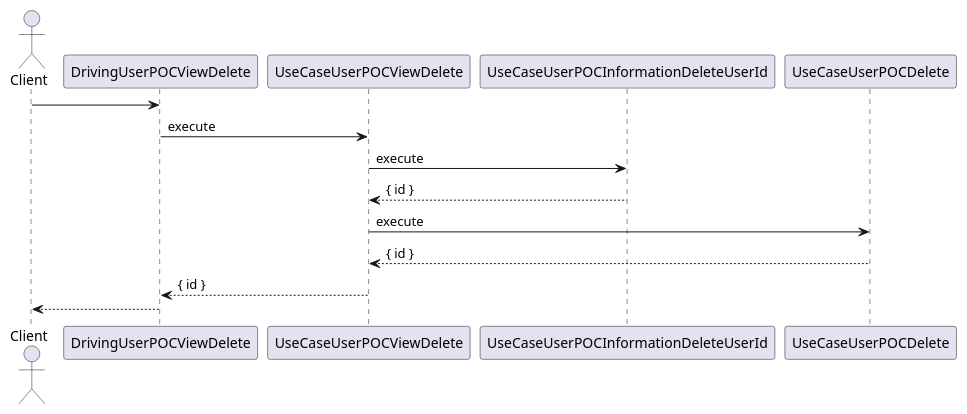
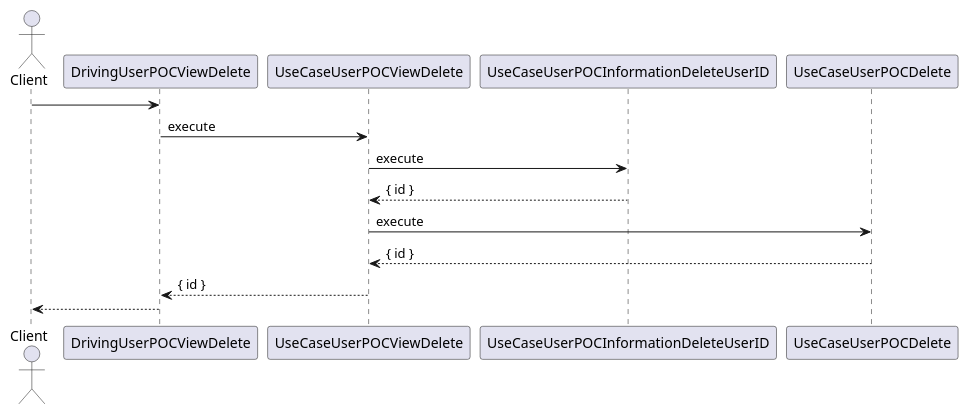
One commit to smhmayboudi/hono-poc changed the diagram in src/domain/user-poc-view/application/use-case/user-poc-view-delete.puml. Above: the diagram before and after it, drawn with PlantUML. The commit also changed 25 other files, not shown here.

```diff
--- a/src/domain/user-poc-view/application/use-case/user-poc-view-delete.puml
+++ b/src/domain/user-poc-view/application/use-case/user-poc-view-delete.puml
@@ -1,11 +1,11 @@
 @startuml UserPOCView UseCase Delete
 actor Client
 Client -> DrivingUserPOCViewDelete
 DrivingUserPOCViewDelete -> UseCaseUserPOCViewDelete: execute
-UseCaseUserPOCViewDelete -> UseCaseUserPOCInformationDeleteUserId: execute
-UseCaseUserPOCInformationDeleteUserId --> UseCaseUserPOCViewDelete: { id }
+UseCaseUserPOCViewDelete -> UseCaseUserPOCInformationDeleteUserID: execute
+UseCaseUserPOCInformationDeleteUserID --> UseCaseUserPOCViewDelete: { id }
 UseCaseUserPOCViewDelete -> UseCaseUserPOCDelete: execute
 UseCaseUserPOCDelete --> UseCaseUserPOCViewDelete: { id }
 UseCaseUserPOCViewDelete --> DrivingUserPOCViewDelete: { id }
 DrivingUserPOCViewDelete --> Client
 @enduml
```
